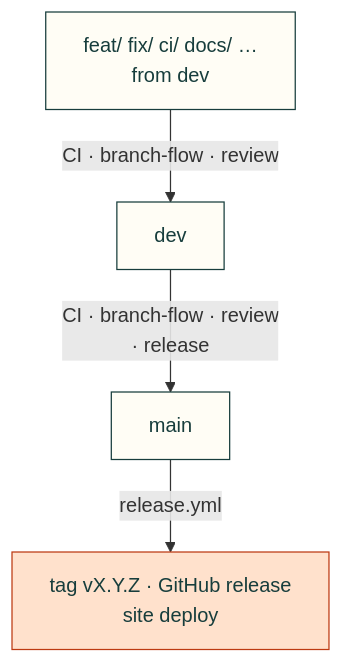
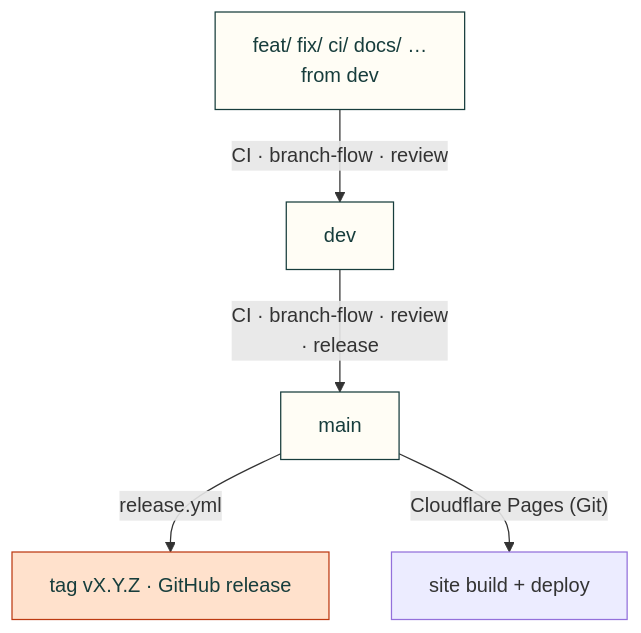
The diagram in CONTRIBUTING.md (Valpatel/cad-agent), drawn with Mermaid before and after one commit. The commit also changed other lines of this file and 6 other files, not shown here.

First line of the commit message:
Site: Cloudflare Pages builds from Git (npm run build); release.yml no longer deploys

````diff
--- a/CONTRIBUTING.md
+++ b/CONTRIBUTING.md
@@ -21,10 +21,11 @@
 ```mermaid
 flowchart TD
     F["feat/ fix/ ci/ docs/ …<br/>from dev"] -->|"CI · branch-flow · review"| D["dev"]
     D -->|"CI · branch-flow · review<br/>· release"| M["main"]
-    M -->|"release.yml"| R["tag vX.Y.Z · GitHub release<br/>site deploy"]
+    M -->|"release.yml"| R["tag vX.Y.Z · GitHub release"]
+    M -->|"Cloudflare Pages (Git)"| W["site build + deploy"]
     classDef b fill:#fffdf5,stroke:#173d3c,color:#173d3c
     classDef r fill:#ffe1cc,stroke:#bd3a12,color:#173d3c
     class F,D,M b
     class R r
 ```
````
